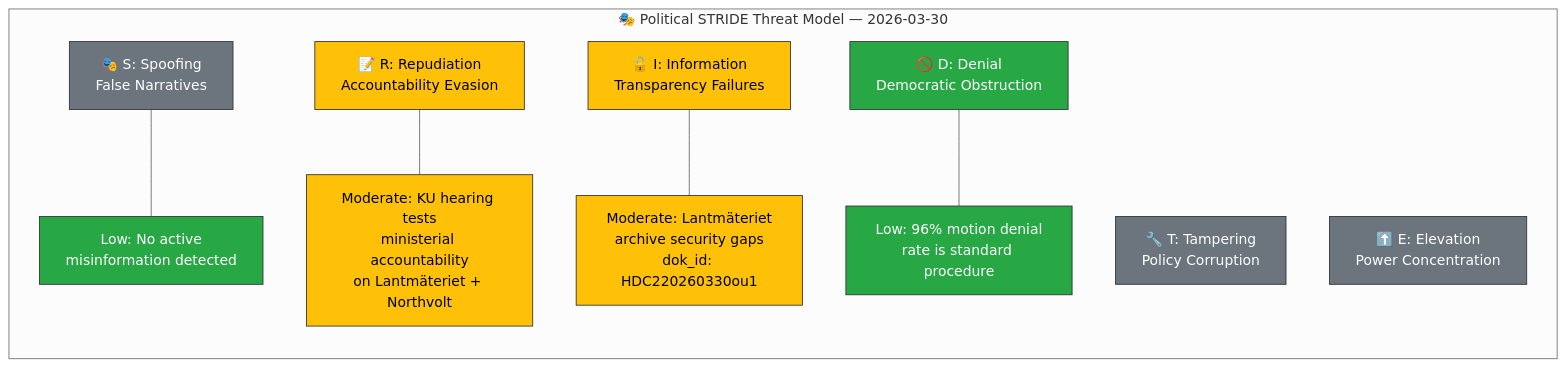
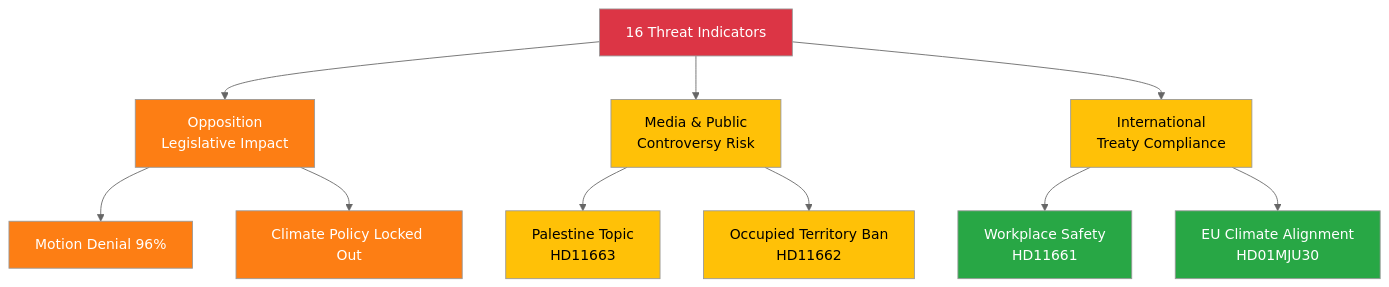
The diagram in analysis/daily/2026-03-30/threat-analysis.md (Hack23/riksdagsmonitor), drawn with Mermaid (neutral theme) before and after one commit. The commit also changed other lines of this file and 38 other files, not shown here.

````diff
--- a/analysis/daily/2026-03-30/threat-analysis.md
+++ b/analysis/daily/2026-03-30/threat-analysis.md
@@ -25,27 +12,22 @@
 ```mermaid
-graph LR
-    subgraph "🎭 Political STRIDE Threat Model — 2026-03-30"
-        S["🎭 S: Spoofing<br/>False Narratives"]
-        T["🔧 T: Tampering<br/>Policy Corruption"]
-        R["📝 R: Repudiation<br/>Accountability Evasion"]
-        I["🔓 I: Information<br/>Transparency Failures"]
-        D["🚫 D: Denial<br/>Democratic Obstruction"]
-        E["⬆️ E: Elevation<br/>Power Concentration"]
-
-        S --- S1["Low: No active<br/>misinformation detected"]
-        R --- R1["Moderate: KU hearing tests<br/>ministerial accountability<br/>on Lantmäteriet + Northvolt"]
-        I --- I1["Moderate: Lantmäteriet<br/>archive security gaps<br/>dok_id: HDC220260330ou1"]
-        D --- D1["Low: 96% motion denial<br/>rate is standard procedure"]
-    end
-
-    style S fill:#6c757d,stroke:#333,color:#fff
-    style T fill:#6c757d,stroke:#333,color:#fff
-    style R fill:#ffc107,stroke:#333,color:#000
-    style I fill:#ffc107,stroke:#333,color:#000
-    style D fill:#28a745,stroke:#333,color:#fff
-    style E fill:#6c757d,stroke:#333,color:#fff
-    style S1 fill:#28a745,stroke:#333,color:#fff
-    style R1 fill:#ffc107,stroke:#333,color:#000
-    style I1 fill:#ffc107,stroke:#333,color:#000
-    style D1 fill:#28a745,stroke:#333,color:#fff
+graph TD
+    A[16 Threat Indicators] --> B[Opposition<br/>Legislative Impact]
+    A --> C[Media & Public<br/>Controversy Risk]
+    A --> D[International<br/>Treaty Compliance]
+    B --> B1[Motion Denial 96%]
+    B --> B2[Climate Policy Locked Out]
+    C --> C1[Palestine Topic<br/>HD11663]
+    C --> C2[Occupied Territory Ban<br/>HD11662]
+    D --> D1[Workplace Safety<br/>HD11661]
+    D --> D2[EU Climate Alignment<br/>HD01MJU30]
+    style A fill:#dc3545,color:#fff
+    style B fill:#fd7e14,color:#fff
+    style C fill:#ffc107,color:#000
+    style D fill:#ffc107,color:#000
+    style B1 fill:#fd7e14,color:#fff
+    style B2 fill:#fd7e14,color:#fff
+    style C1 fill:#ffc107,color:#000
+    style C2 fill:#ffc107,color:#000
+    style D1 fill:#28a745,color:#fff
+    style D2 fill:#28a745,color:#fff
 ```
````
